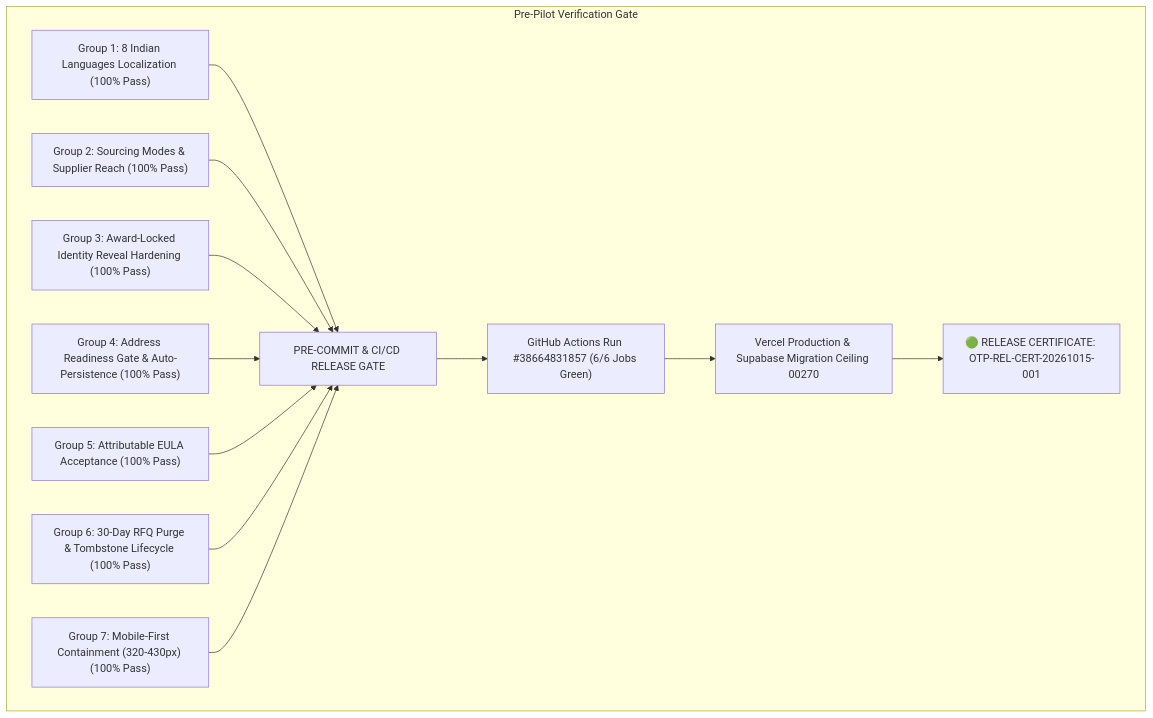
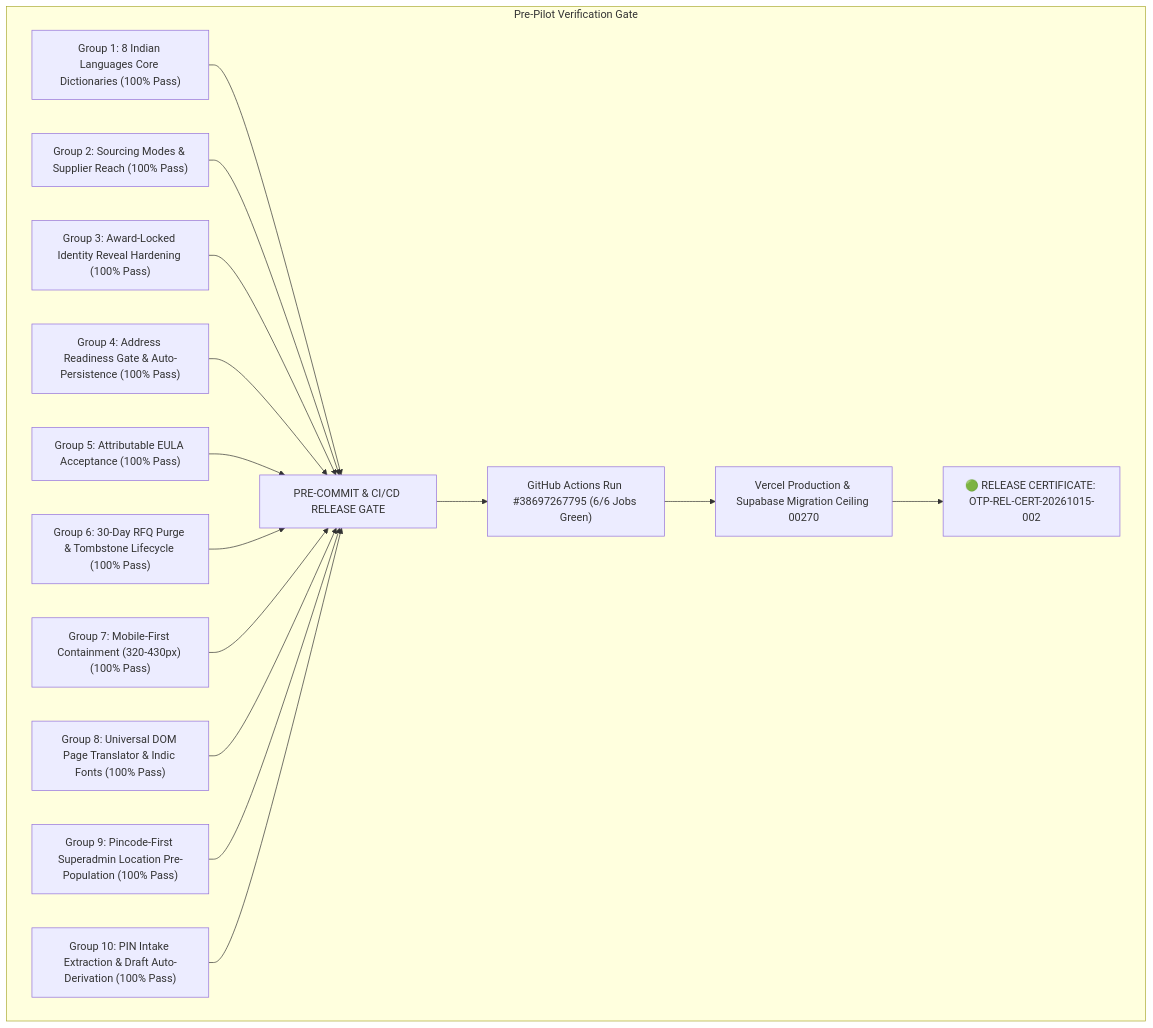
The diagram in docs/15-change-management/OTP_PILOT_FINAL_QUALITY_GATE_AND_RELEASE_CERTIFICATE.md (bvnbasu-otp/otpplatform), drawn with Mermaid before and after one commit. The commit also changed other lines of this file and 3 other files, not shown here.

````diff
--- a/docs/15-change-management/OTP_PILOT_FINAL_QUALITY_GATE_AND_RELEASE_CERTIFICATE.md
+++ b/docs/15-change-management/OTP_PILOT_FINAL_QUALITY_GATE_AND_RELEASE_CERTIFICATE.md
@@ -27,15 +27,18 @@
 ```mermaid
 flowchart TD
     subgraph Pre-Pilot Verification Gate
-        G1["Group 1: 8 Indian Languages Localization (100% Pass)"] --> GATE["PRE-COMMIT & CI/CD RELEASE GATE"]
+        G1["Group 1: 8 Indian Languages Core Dictionaries (100% Pass)"] --> GATE["PRE-COMMIT & CI/CD RELEASE GATE"]
         G2["Group 2: Sourcing Modes & Supplier Reach (100% Pass)"] --> GATE
         G3["Group 3: Award-Locked Identity Reveal Hardening (100% Pass)"] --> GATE
         G4["Group 4: Address Readiness Gate & Auto-Persistence (100% Pass)"] --> GATE
         G5["Group 5: Attributable EULA Acceptance (100% Pass)"] --> GATE
         G6["Group 6: 30-Day RFQ Purge & Tombstone Lifecycle (100% Pass)"] --> GATE
         G7["Group 7: Mobile-First Containment (320-430px) (100% Pass)"] --> GATE
-        GATE --> CI["GitHub Actions Run #38664831857 (6/6 Jobs Green)"]
+        G8["Group 8: Universal DOM Page Translator & Indic Fonts (100% Pass)"] --> GATE
+        G9["Group 9: Pincode-First Superadmin Location Pre-Population (100% Pass)"] --> GATE
+        G10["Group 10: PIN Intake Extraction & Draft Auto-Derivation (100% Pass)"] --> GATE
+        GATE --> CI["GitHub Actions Run #38697267795 (6/6 Jobs Green)"]
         CI --> PROD["Vercel Production & Supabase Migration Ceiling 00270"]
-        PROD --> CERT["🟢 RELEASE CERTIFICATE: OTP-REL-CERT-20261015-001"]
+        PROD --> CERT["🟢 RELEASE CERTIFICATE: OTP-REL-CERT-20261015-002"]
     end
 ```
````
